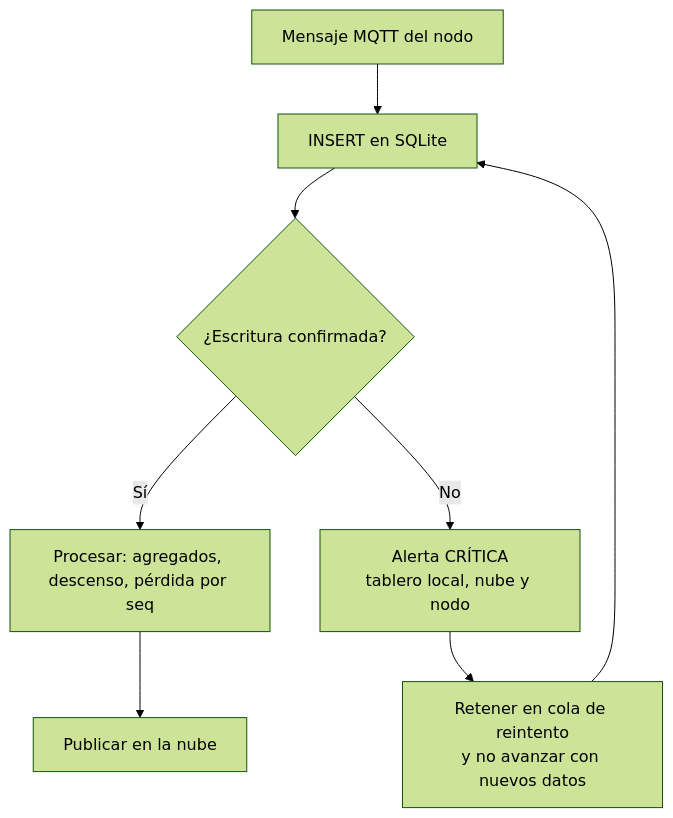
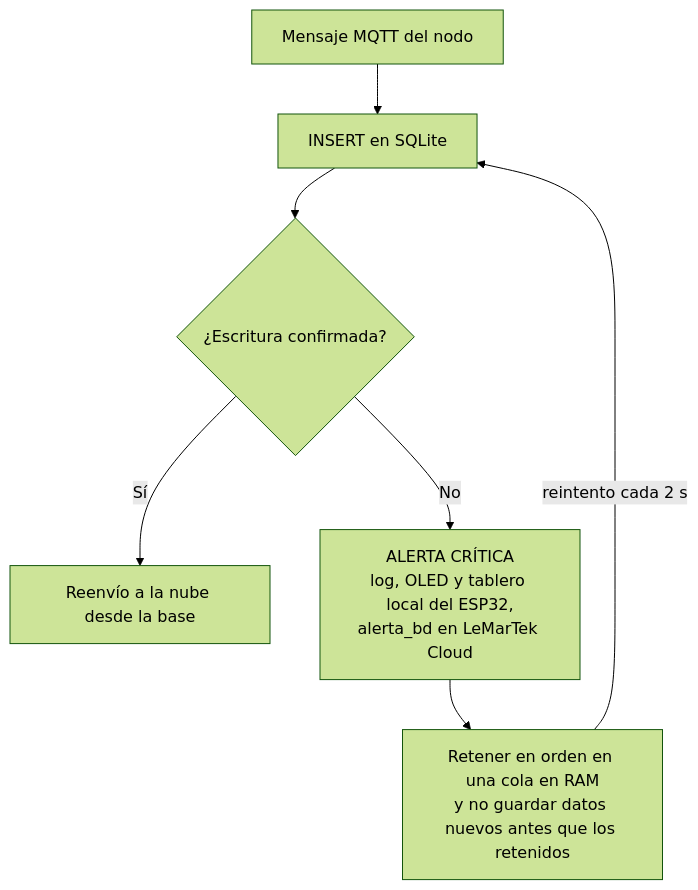
The second of 5 diagrams in wiki/2.2.-Arquitectura-Propuesta.md (Juan100205/IOTPROYECTOFINAL3CORTE), drawn with Mermaid (forest theme) before and after one commit. The commit also changed other lines of this file and 24 other files, not shown here.

Commit message:
Gateway: alerta critica por falla de SQLite con retencion ordenada; wiki y README alineados con lo construido (LeMarTek Cloud, topicos, carcasa MDF)

````diff
--- a/wiki/2.2.-Arquitectura-Propuesta.md
+++ b/wiki/2.2.-Arquitectura-Propuesta.md
@@ -67,10 +70,9 @@
 ```mermaid
 flowchart TD
   M[Mensaje MQTT del nodo] --> I[INSERT en SQLite]
   I --> V{¿Escritura confirmada?}
-  V -- Sí --> PR[Procesar: agregados, descenso, pérdida por seq]
-  PR --> UP[Publicar en la nube]
-  V -- No --> AC[Alerta CRÍTICA<br/>tablero local, nube y nodo]
-  AC --> H[Retener en cola de reintento<br/>y no avanzar con nuevos datos]
-  H --> I
+  V -- Sí --> UP[Reenvío a la nube desde la base]
+  V -- No --> AC[ALERTA CRÍTICA<br/>log, OLED y tablero local del ESP32,<br/>alerta_bd en LeMarTek Cloud]
+  AC --> H[Retener en orden en una cola en RAM<br/>y no guardar datos nuevos antes que los retenidos]
+  H -->|reintento cada 2 s| I
 ```
````
